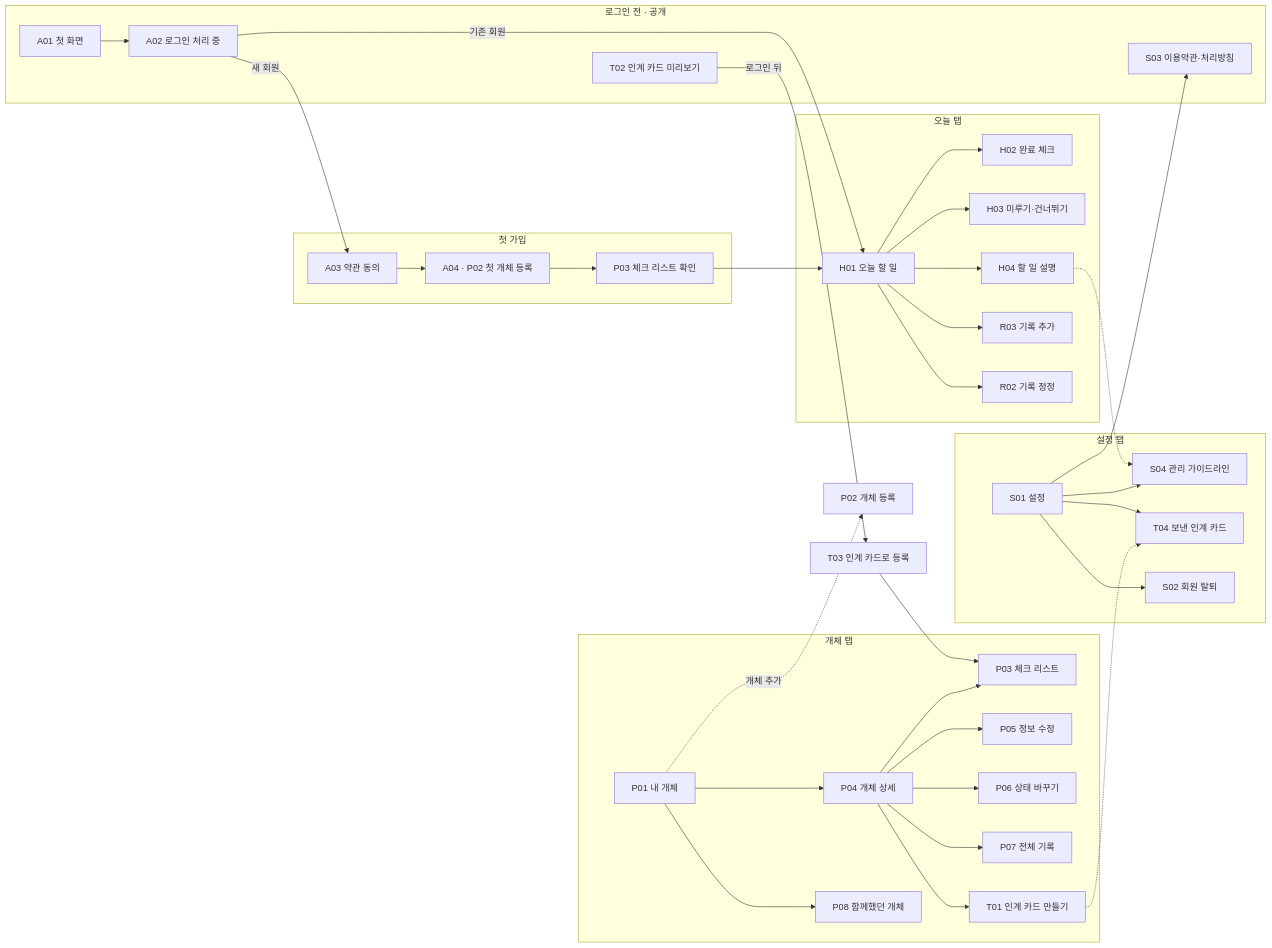
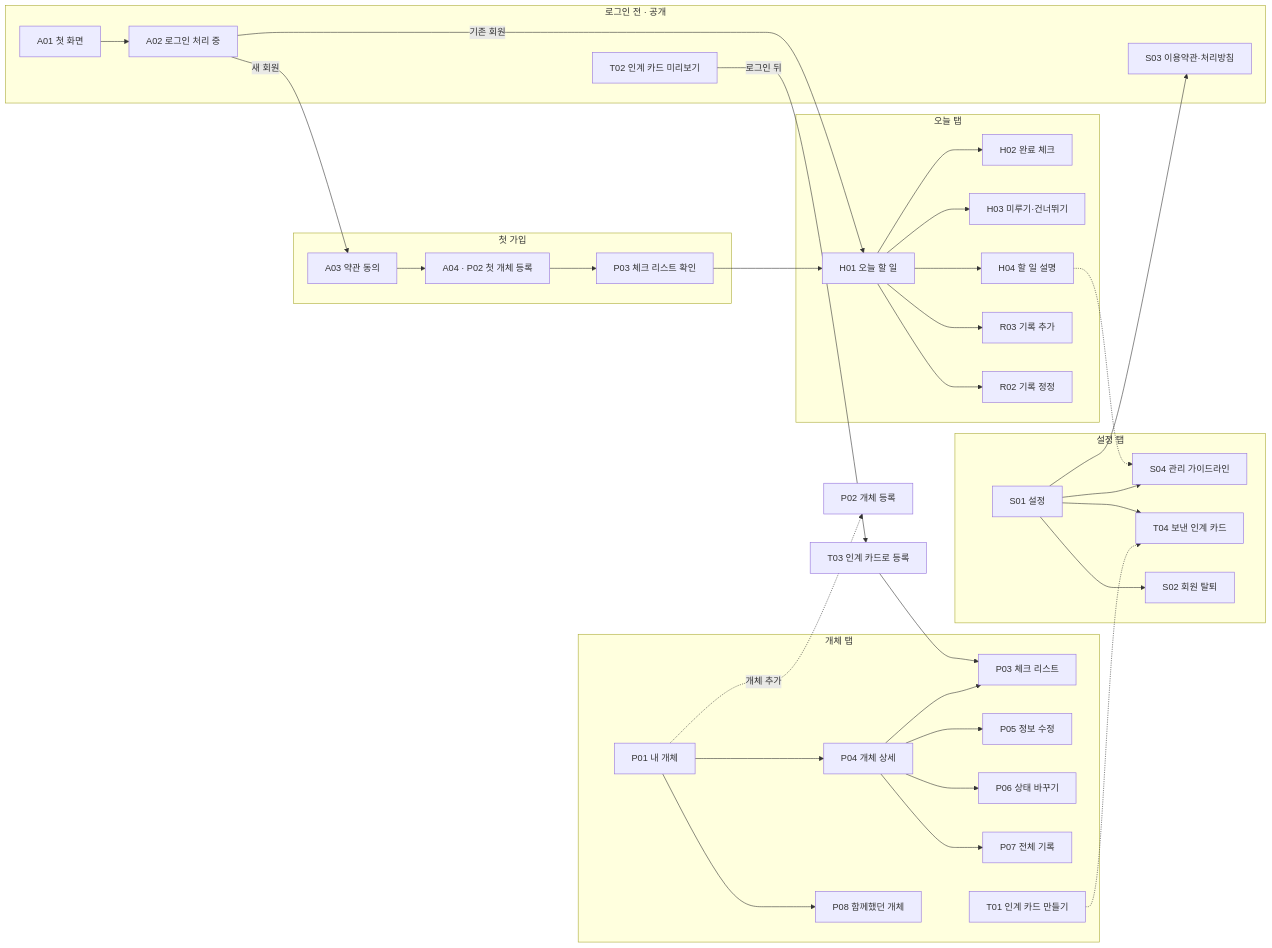
One commit to PABOM-team/frontend changed the first of 8 diagrams in docs/screen-flow.md. Above: the diagram before and after it, drawn with Mermaid. The commit also changed other lines of this file, not shown here.

````diff
--- a/docs/screen-flow.md
+++ b/docs/screen-flow.md
@@ -13,49 +13,49 @@
 ```mermaid
 flowchart LR
   subgraph PUB["로그인 전 · 공개"]
     A01["A01 첫 화면"]
     A02["A02 로그인 처리 중"]
     S03["S03 이용약관·처리방침"]
     T02["T02 인계 카드 미리보기"]
   end
   subgraph ONB["첫 가입"]
     A03["A03 약관 동의"]
     P02O["A04 · P02 첫 개체 등록"]
     P03O["P03 체크 리스트 확인"]
   end
   subgraph TODAY["오늘 탭"]
     H01["H01 오늘 할 일"]
     H02["H02 완료 체크"]
     H03["H03 미루기·건너뛰기"]
     H04["H04 할 일 설명"]
     R03["R03 기록 추가"]
     R02["R02 기록 정정"]
   end
   subgraph PETS["개체 탭"]
     P01["P01 내 개체"]
     P04["P04 개체 상세"]
     P03["P03 체크 리스트"]
     P05["P05 정보 수정"]
     P06["P06 상태 바꾸기"]
     P07["P07 전체 기록"]
     P08["P08 함께했던 개체"]
     T01["T01 인계 카드 만들기"]
   end
   subgraph SET["설정 탭"]
     S01["S01 설정"]
     S04["S04 관리 가이드라인"]
     T04["T04 보낸 인계 카드"]
     S02["S02 회원 탈퇴"]
   end
   A01 --> A02
   A02 -->|새 회원| A03 --> P02O --> P03O --> H01
   A02 -->|기존 회원| H01
   T02 -->|로그인 뒤| T03["T03 인계 카드로 등록"] --> P03
   H01 --> H02 & H03 & H04 & R03 & R02
   H04 -.-> S04
   P01 --> P04 & P08
   P01 -.->|개체 추가| P02["P02 개체 등록"]
-  P04 --> P03 & P05 & P06 & P07 & T01
+  P04 --> P03 & P05 & P06 & P07
   S01 --> S04 & S03 & T04 & S02
   T01 -.-> T04
 ```
````
